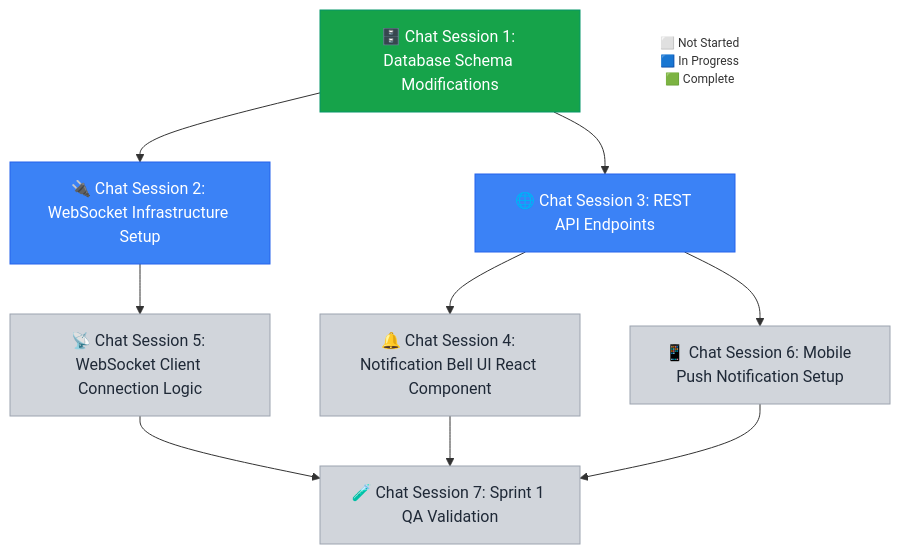
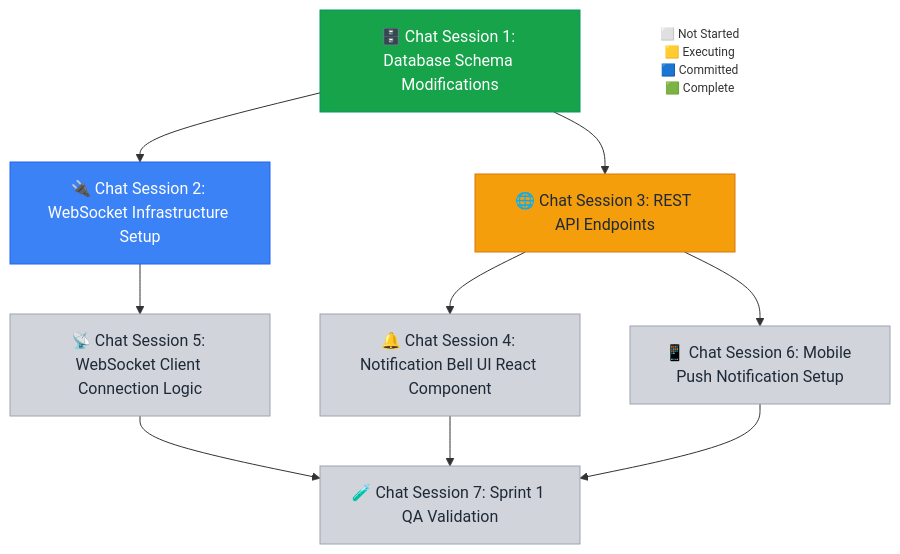
Before and after one commit to dsj1984/agent-protocols: the diagram in .agents/sample-docs/sprint-001/playbook.md, drawn with Mermaid. The commit also changed other lines of this file and 8 other files, not shown here.

````diff
--- a/.agents/sample-docs/sprint-001/playbook.md
+++ b/.agents/sample-docs/sprint-001/playbook.md
@@ -12,37 +12,38 @@
 ```mermaid
 graph TD
     %% Node Definitions %%
     C1["🗄️ Chat Session 1: Database Schema Modifications"]
     class C1 complete
     C2["🔌 Chat Session 2: WebSocket Infrastructure Setup"]
-    class C2 in_progress
+    class C2 committed
     C3["🌐 Chat Session 3: REST API Endpoints"]
-    class C3 in_progress
+    class C3 executing
     C4["🔔 Chat Session 4: Notification Bell UI React Component"]
     class C4 not_started
     C5["📡 Chat Session 5: WebSocket Client Connection Logic"]
     class C5 not_started
     C6["📱 Chat Session 6: Mobile Push Notification Setup"]
     class C6 not_started
     C7["🧪 Chat Session 7: Sprint 1 QA Validation"]
     class C7 not_started
 
     %% Relationships %%
     C1 --> C2
     C1 --> C3
     C3 --> C4
     C2 --> C5
     C3 --> C6
     C4 --> C7
     C5 --> C7
     C6 --> C7
 
    %% Legend %%
-    Legend["⬜ Not Started  <br />🟦 In Progress  <br />🟩 Complete"]:::LegendNode
+    Legend["⬜ Not Started  <br />🟨 Executing  <br />🟦 Committed  <br />🟩 Complete"]:::LegendNode
 
     %% Style Definitions %%
     classDef not_started fill:#d1d5db,stroke:#9ca3af,color:#1f2937
-    classDef in_progress fill:#3b82f6,stroke:#2563eb,color:#ffffff
+    classDef executing fill:#f59e0b,stroke:#d97706,color:#1f2937
+    classDef committed fill:#3b82f6,stroke:#2563eb,color:#ffffff
     classDef complete fill:#16a34a,stroke:#059669,color:#ffffff
     classDef LegendNode fill:transparent,stroke:transparent,font-size:12px
 ```
````
